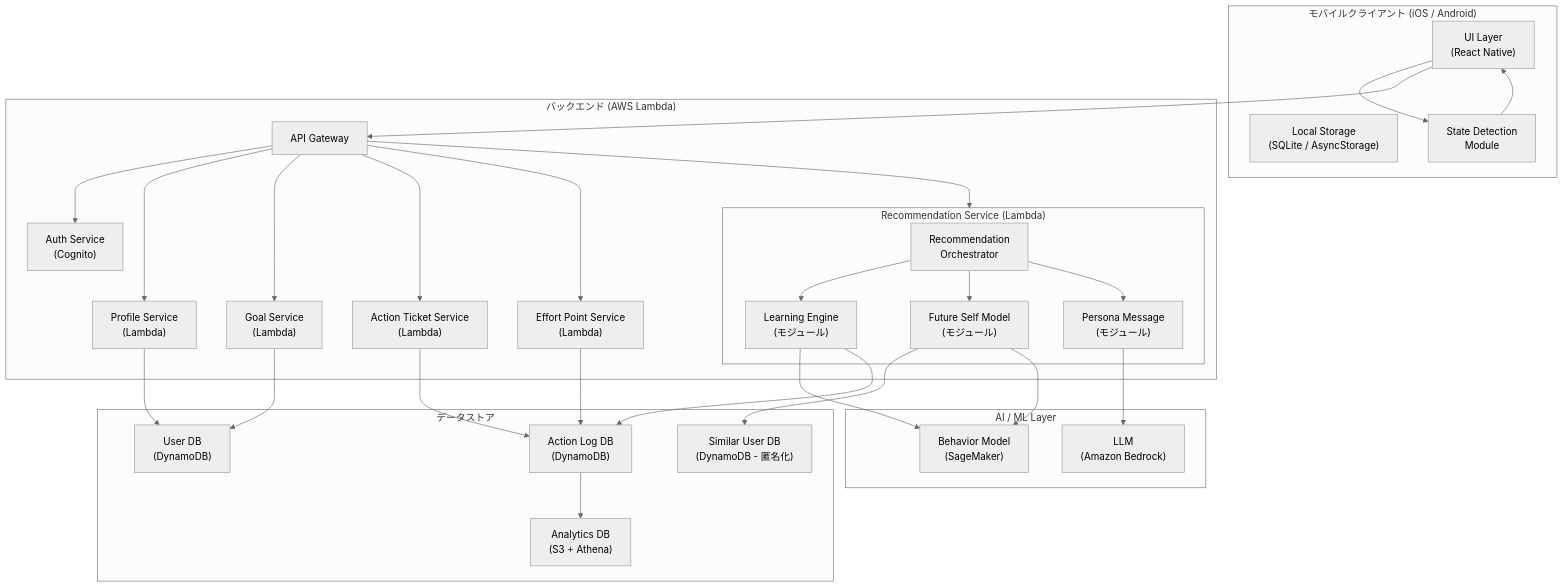
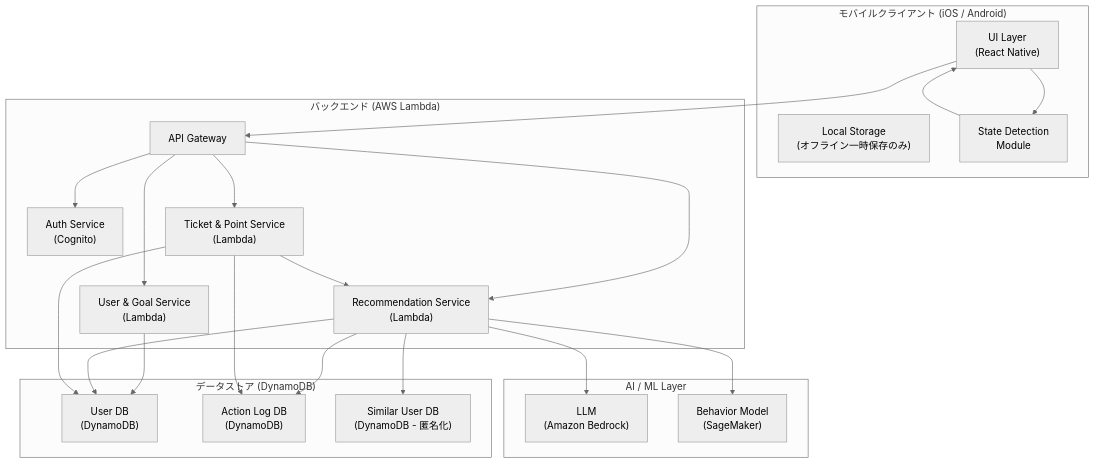
The first of 3 diagrams in .kiro/specs/anti-habit-app/design.md (aws-dlc-hackathon-team-a/team-a), drawn with Mermaid (neutral theme) before and after one commit. The commit also changed other lines of this file, not shown here.

````diff
--- a/.kiro/specs/anti-habit-app/design.md
+++ b/.kiro/specs/anti-habit-app/design.md
@@ -27,58 +27,44 @@
 ```mermaid
 graph TB
     subgraph Client["モバイルクライアント (iOS / Android)"]
         UI["UI Layer\n(React Native)"]
-        LocalDB["Local Storage\n(SQLite / AsyncStorage)"]
+        LocalDB["Local Storage\n(オフライン一時保存のみ)"]
         StateDetect["State Detection\nModule"]
     end
 
     subgraph Backend["バックエンド (AWS Lambda)"]
         APIGW["API Gateway"]
         AuthSvc["Auth Service\n(Cognito)"]
-        ProfileSvc["Profile Service\n(Lambda)"]
-        GoalSvc["Goal Service\n(Lambda)"]
-        subgraph RecommendLambda["Recommendation Service (Lambda)"]
-            RecommendSvc["Recommendation\nOrchestrator"]
-            LearningEngine["Learning Engine\n(モジュール)"]
-            FutureSelfSvc["Future Self Model\n(モジュール)"]
-            PersonaMsgSvc["Persona Message\n(モジュール)"]
-        end
-        TicketSvc["Action Ticket Service\n(Lambda)"]
-        PointSvc["Effort Point Service\n(Lambda)"]
+        UserGoalSvc["User & Goal Service\n(Lambda)"]
+        RecommendSvc["Recommendation Service\n(Lambda)"]
+        TicketPointSvc["Ticket & Point Service\n(Lambda)"]
     end
 
     subgraph AI["AI / ML Layer"]
         LLM["LLM\n(Amazon Bedrock)"]
         MLModel["Behavior Model\n(SageMaker)"]
     end
 
-    subgraph DataStore["データストア"]
+    subgraph DataStore["データストア (DynamoDB)"]
         UserDB["User DB\n(DynamoDB)"]
         ActionLogDB["Action Log DB\n(DynamoDB)"]
         SimilarUserDB["Similar User DB\n(DynamoDB - 匿名化)"]
-        AnalyticsDB["Analytics DB\n(S3 + Athena)"]
     end
 
     UI --> StateDetect
     UI --> APIGW
     StateDetect --> UI
     APIGW --> AuthSvc
-    APIGW --> ProfileSvc
-    APIGW --> GoalSvc
-    APIGW --> RecommendLambda
-    APIGW --> TicketSvc
-    APIGW --> PointSvc
-    ProfileSvc --> UserDB
-    GoalSvc --> UserDB
-    RecommendSvc --> LearningEngine
-    RecommendSvc --> FutureSelfSvc
-    RecommendSvc --> PersonaMsgSvc
-    LearningEngine --> MLModel
-    LearningEngine --> ActionLogDB
-    FutureSelfSvc --> SimilarUserDB
-    FutureSelfSvc --> MLModel
-    PersonaMsgSvc --> LLM
-    TicketSvc --> ActionLogDB
-    PointSvc --> ActionLogDB
-    ActionLogDB --> AnalyticsDB
+    APIGW --> UserGoalSvc
+    APIGW --> RecommendSvc
+    APIGW --> TicketPointSvc
+    UserGoalSvc --> UserDB
+    RecommendSvc --> UserDB
+    RecommendSvc --> ActionLogDB
+    RecommendSvc --> SimilarUserDB
+    RecommendSvc --> LLM
+    RecommendSvc --> MLModel
+    TicketPointSvc --> ActionLogDB
+    TicketPointSvc --> UserDB
+    TicketPointSvc --> RecommendSvc
 ```
````
